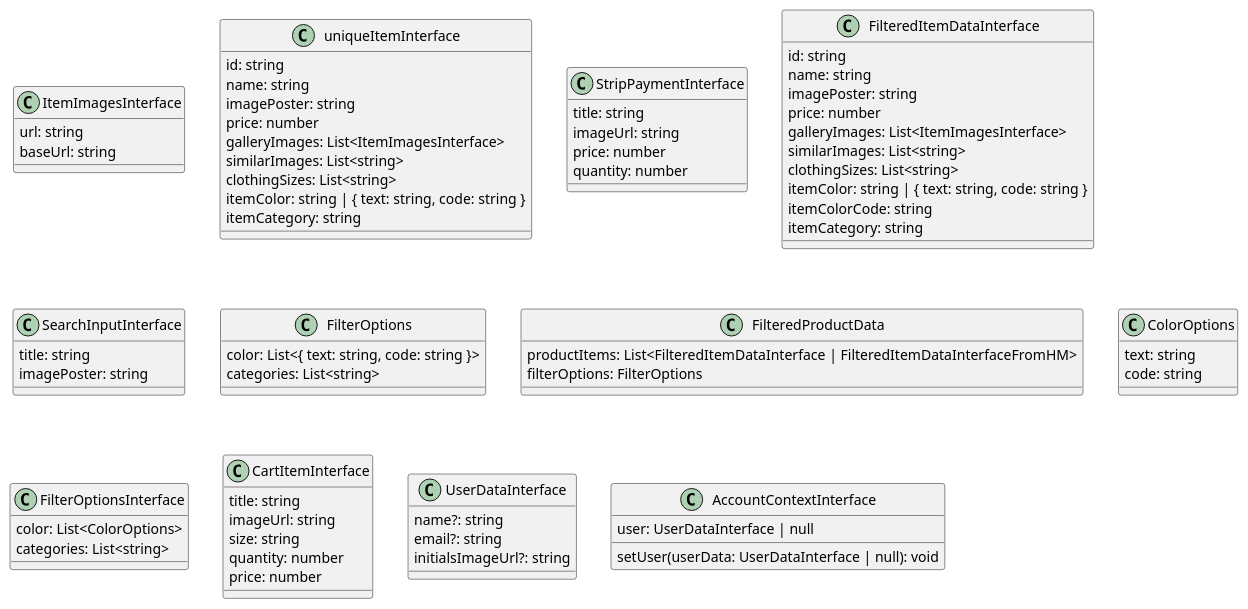
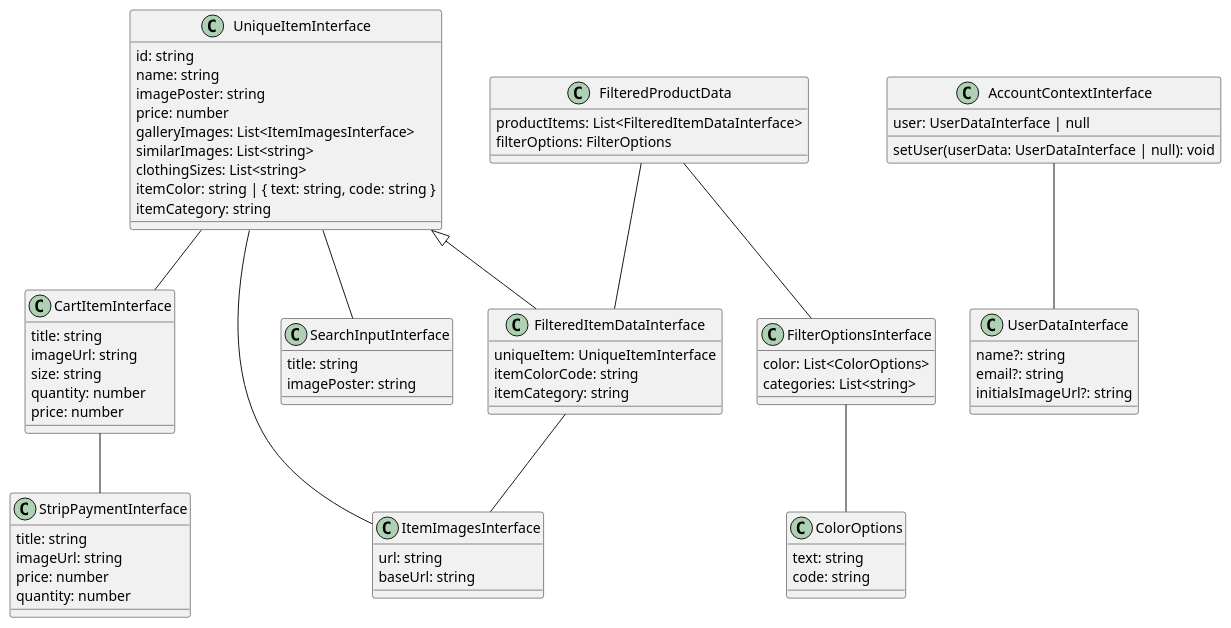
One commit to Rasmus3liasson/webshop changed the diagram in uml/interface/interface.plantuml. Above: the diagram before and after it, drawn with PlantUML. The commit also changed 4 other files, not shown here.

Commit message:
changed uml

```diff
--- a/uml/interface/interface.plantuml
+++ b/uml/interface/interface.plantuml
@@ -1,85 +1,84 @@
 @startuml interface
 
 class ItemImagesInterface {
   url: string
   baseUrl: string
 }
 
-class uniqueItemInterface {
+class UniqueItemInterface {
   id: string
   name: string
   imagePoster: string
   price: number
   galleryImages: List<ItemImagesInterface>
   similarImages: List<string>
   clothingSizes: List<string>
   itemColor: string | { text: string, code: string }
   itemCategory: string
 }
 
 class StripPaymentInterface {
   title: string
   imageUrl: string
   price: number
   quantity: number
 }
 
-class FilteredItemDataInterface {
-  id: string
-  name: string
-  imagePoster: string
-  price: number
-  galleryImages: List<ItemImagesInterface>
-  similarImages: List<string>
-  clothingSizes: List<string>
-  itemColor: string | { text: string, code: string }
+class FilteredItemDataInterface extends UniqueItemInterface {
+  uniqueItem: UniqueItemInterface
   itemColorCode: string
   itemCategory: string
 }
 
 
 class SearchInputInterface {
   title: string
   imagePoster: string
 }
 
-class FilterOptions {
-  color: List<{ text: string, code: string }>
-  categories: List<string>
-}
 
 class FilteredProductData {
-  productItems: List<FilteredItemDataInterface | FilteredItemDataInterfaceFromHM>
+  productItems: List<FilteredItemDataInterface>
   filterOptions: FilterOptions
 }
 
 class ColorOptions {
   text: string
   code: string
 }
 
 class FilterOptionsInterface {
   color: List<ColorOptions>
   categories: List<string>
 }
 
 class CartItemInterface {
   title: string
   imageUrl: string
   size: string
   quantity: number
   price: number
 }
 
 class UserDataInterface {
   name?: string
   email?: string
   initialsImageUrl?: string
 }
 
 class AccountContextInterface {
   user: UserDataInterface | null
   setUser(userData: UserDataInterface | null): void
 }
 
+UniqueItemInterface -- ItemImagesInterface
+UniqueItemInterface -- SearchInputInterface
+FilteredItemDataInterface -- ItemImagesInterface
+FilteredProductData -- FilteredItemDataInterface
+FilteredProductData -- FilterOptionsInterface
+FilterOptionsInterface -- ColorOptions
+AccountContextInterface -- UserDataInterface
+UniqueItemInterface -- CartItemInterface
+CartItemInterface -- StripPaymentInterface
+
 @enduml
```
